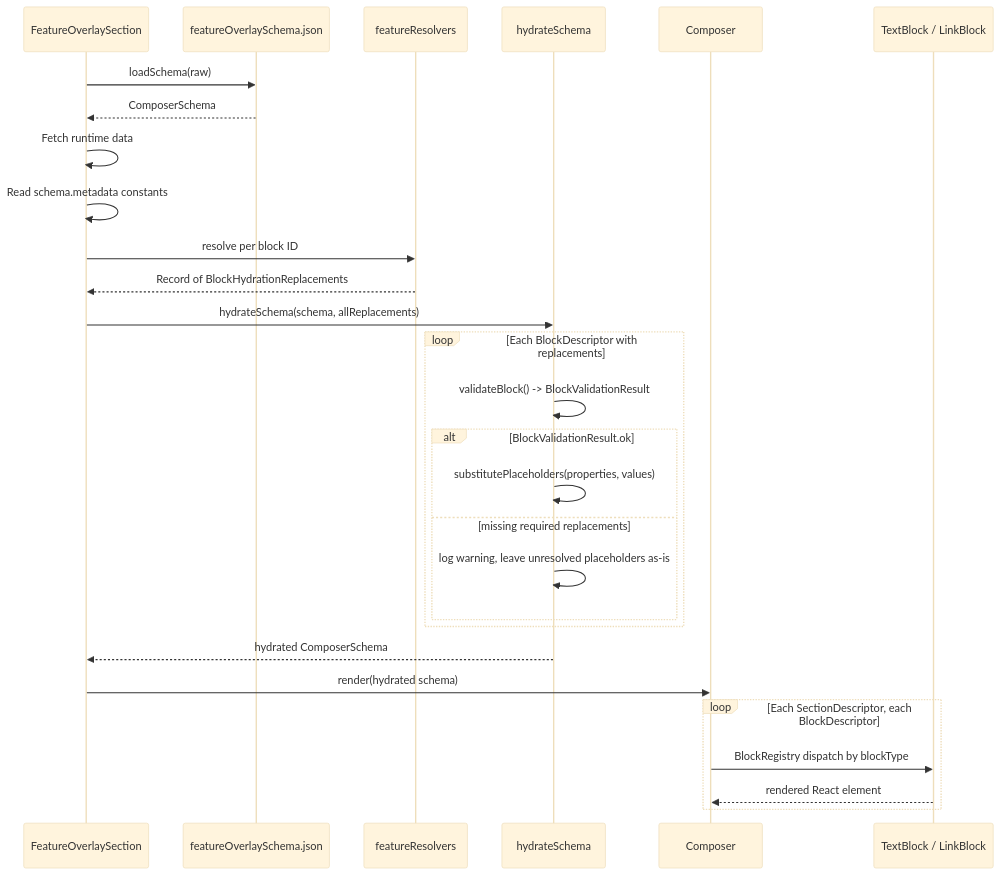
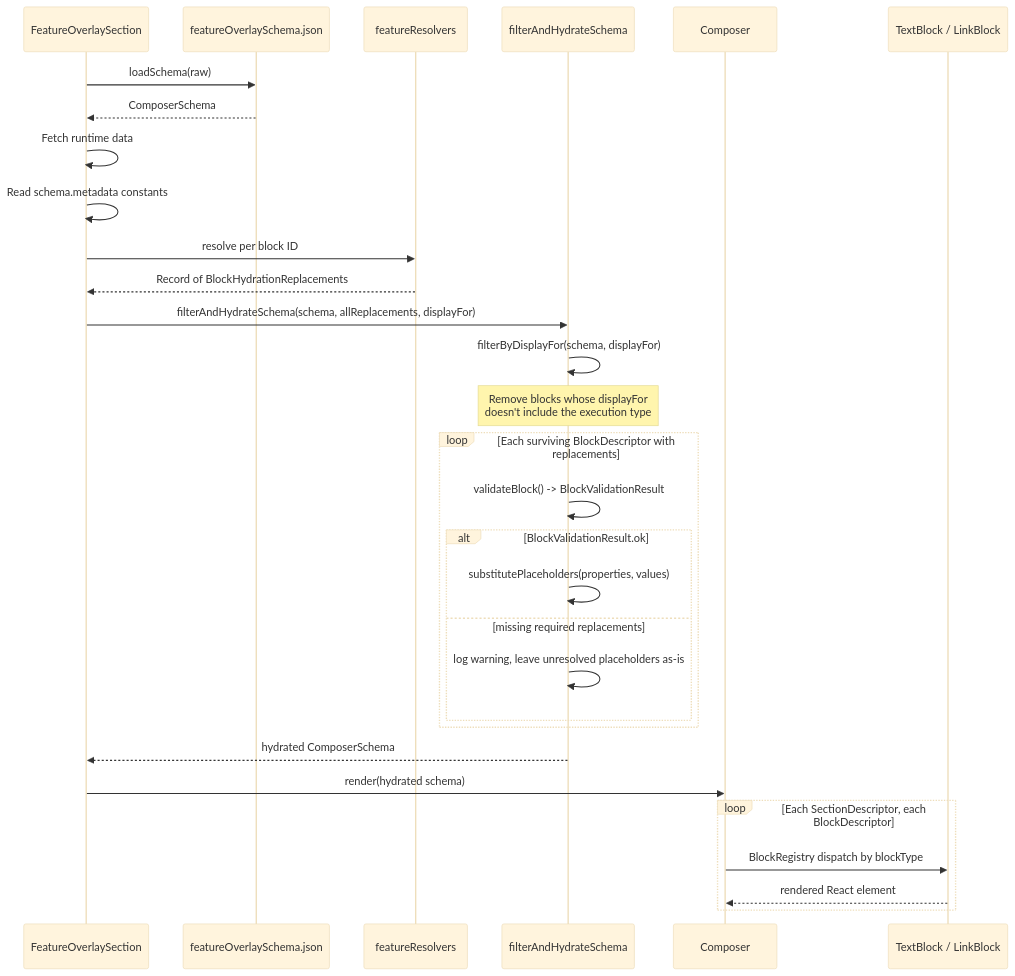
The second of 2 diagrams in docs/generic-overlay-guide.md (TangleML/tangle-ui), drawn with Mermaid (base theme) before and after one commit. The commit also changed other lines of this file and 7 other files, not shown here.

````diff
--- a/docs/generic-overlay-guide.md
+++ b/docs/generic-overlay-guide.md
@@ -81,38 +85,41 @@
 ```mermaid
 sequenceDiagram
     participant Section as FeatureOverlaySection
     participant Schema as featureOverlaySchema.json
     participant Resolvers as featureResolvers
-    participant Hydrate as hydrateSchema
+    participant Hydrate as filterAndHydrateSchema
     participant Composer as Composer
     participant Block as TextBlock / LinkBlock
 
     Section->>Schema: loadSchema(raw)
     Schema-->>Section: ComposerSchema
 
     Section->>Section: Fetch runtime data
     Section->>Section: Read schema.metadata constants
 
     Section->>Resolvers: resolve per block ID
     Resolvers-->>Section: Record of BlockHydrationReplacements
 
-    Section->>Hydrate: hydrateSchema(schema, allReplacements)
+    Section->>Hydrate: filterAndHydrateSchema(schema, allReplacements, displayFor)
 
-    loop Each BlockDescriptor with replacements
+    Hydrate->>Hydrate: filterByDisplayFor(schema, displayFor)
+    Note over Hydrate: Remove blocks whose displayFor<br/>doesn't include the execution type
+
+    loop Each surviving BlockDescriptor with replacements
         Hydrate->>Hydrate: validateBlock() -> BlockValidationResult
         alt BlockValidationResult.ok
             Hydrate->>Hydrate: substitutePlaceholders(properties, values)
         else missing required replacements
             Hydrate->>Hydrate: log warning, leave unresolved placeholders as-is
         end
     end
 
     Hydrate-->>Section: hydrated ComposerSchema
 
     Section->>Composer: render(hydrated schema)
 
     loop Each SectionDescriptor, each BlockDescriptor
         Composer->>Block: BlockRegistry dispatch by blockType
         Block-->>Composer: rendered React element
     end
 ```
````
